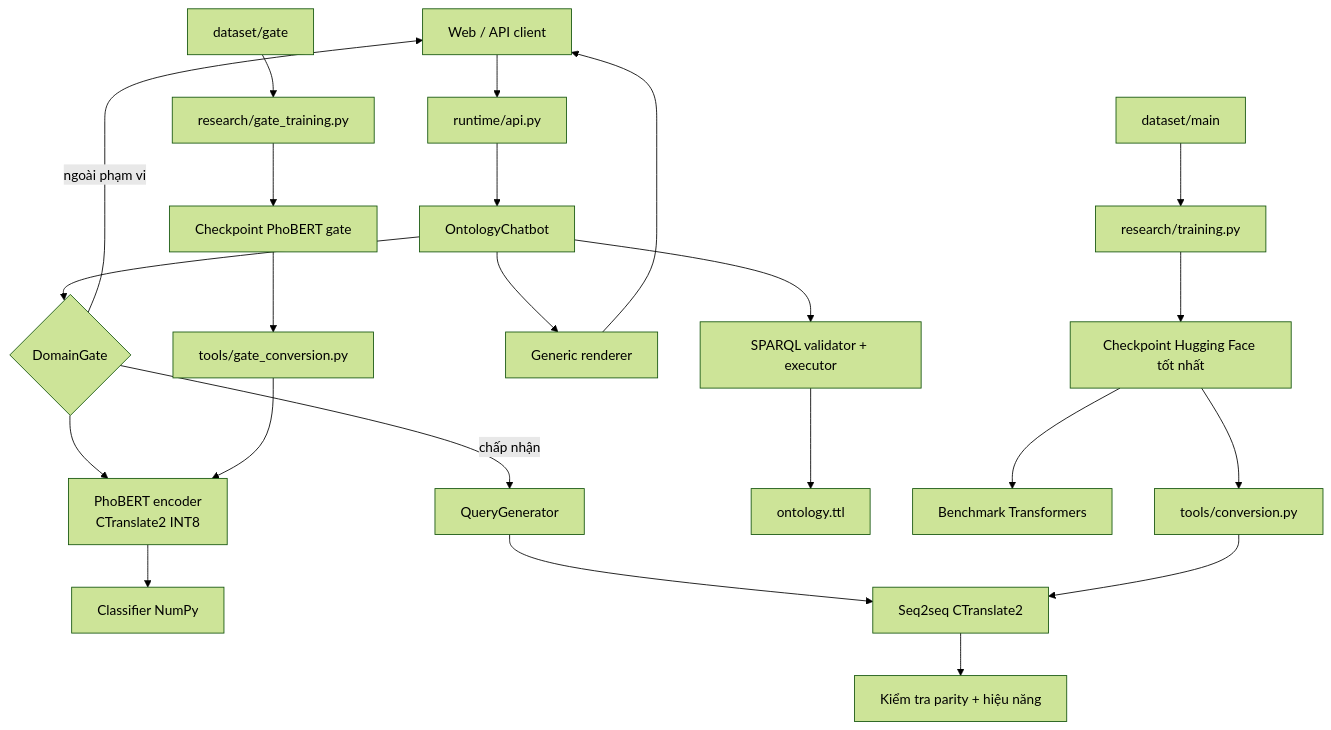
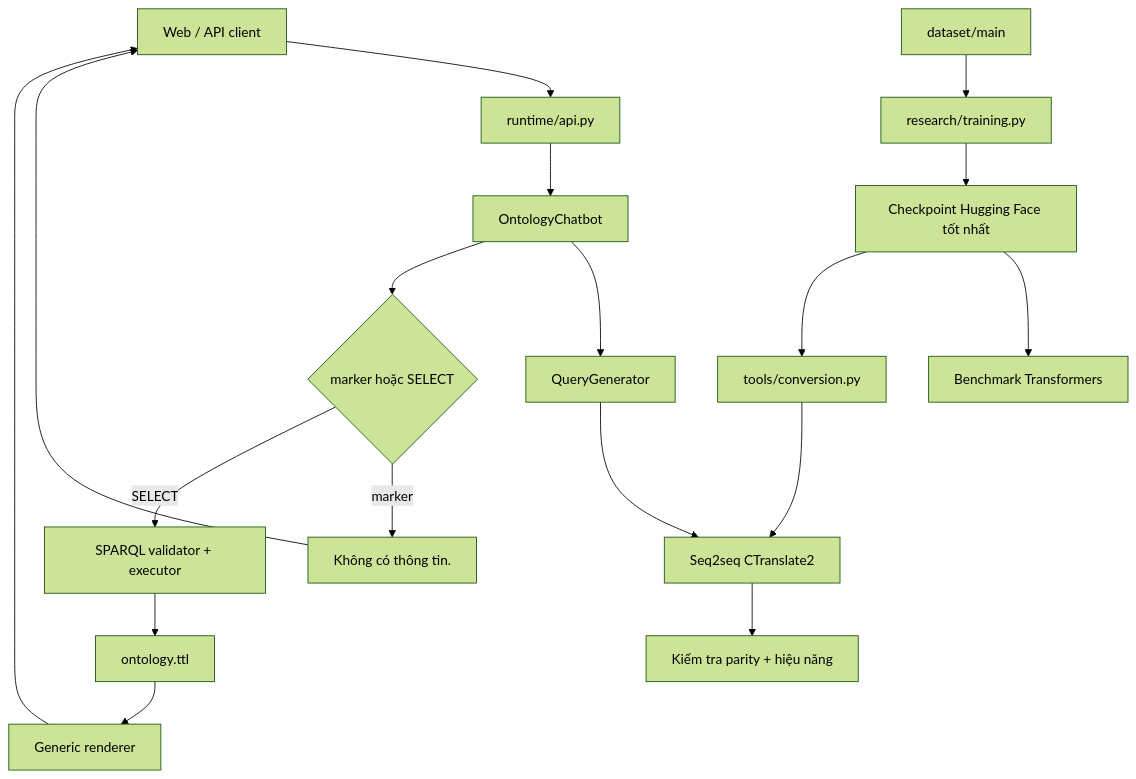
One commit to vpthinh19/ontology-chatbot changed the diagram in docs/ARCHITECTURE.md. Above: the diagram before and after it, drawn with Mermaid (forest theme). The commit also changed other lines of this file and 17 other files, not shown here.

Commit message:
Document unified seq2seq architecture

````diff
--- a/docs/ARCHITECTURE.md
+++ b/docs/ARCHITECTURE.md
@@ -5,26 +5,21 @@
 ```mermaid
 flowchart TB
     UI["Web / API client"] --> API["runtime/api.py"]
     API --> P["OntologyChatbot"]
-    P --> DG{"DomainGate"}
-    DG -- "ngoài phạm vi" --> UI
-    DG -- "chấp nhận" --> G["QueryGenerator"]
-    DG --> PE["PhoBERT encoder<br/>CTranslate2 INT8"]
-    PE --> NH["Classifier NumPy"]
+    P --> G["QueryGenerator"]
     G --> CT2["Seq2seq CTranslate2"]
-    P --> Q["SPARQL validator + executor"]
+    P --> D{"marker hoặc SELECT"}
+    D -- "marker" --> R["Không có thông tin."]
+    D -- "SELECT" --> Q["SPARQL validator + executor"]
     Q --> RDF["ontology.ttl"]
-    P --> R["Generic renderer"]
+    RDF --> F["Generic renderer"]
+    F --> UI
     R --> UI
 
-    D["dataset/main"] --> TR["research/training.py"]
-    GD["dataset/gate"] --> GT["research/gate_training.py"]
-    GT --> PG["Checkpoint PhoBERT gate"]
-    PG --> GC["tools/gate_conversion.py"]
-    GC --> PE
+    DS["dataset/main"] --> TR["research/training.py"]
     TR --> HF["Checkpoint Hugging Face tốt nhất"]
     HF --> BM["Benchmark Transformers"]
     HF --> CV["tools/conversion.py"]
     CV --> CT2
     CT2 --> PA["Kiểm tra parity + hiệu năng"]
 ```
````
